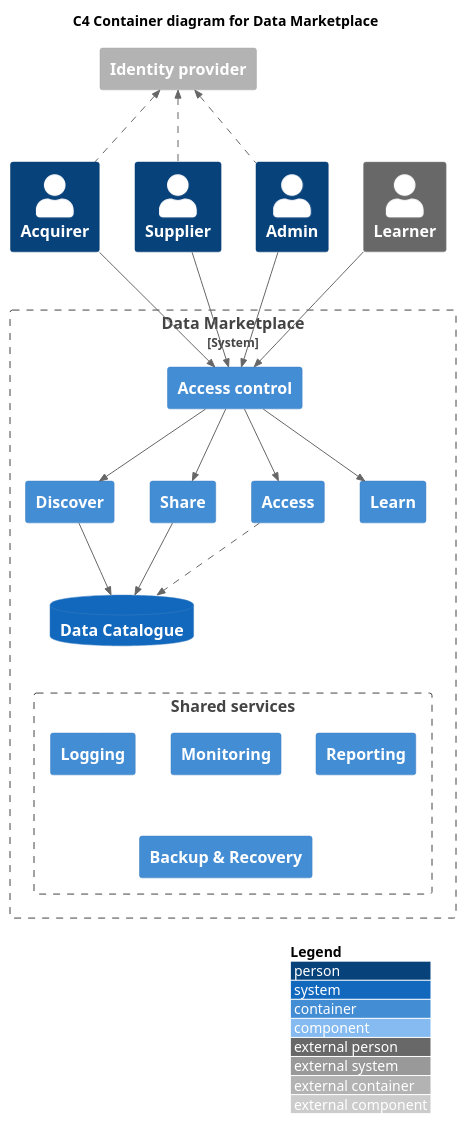
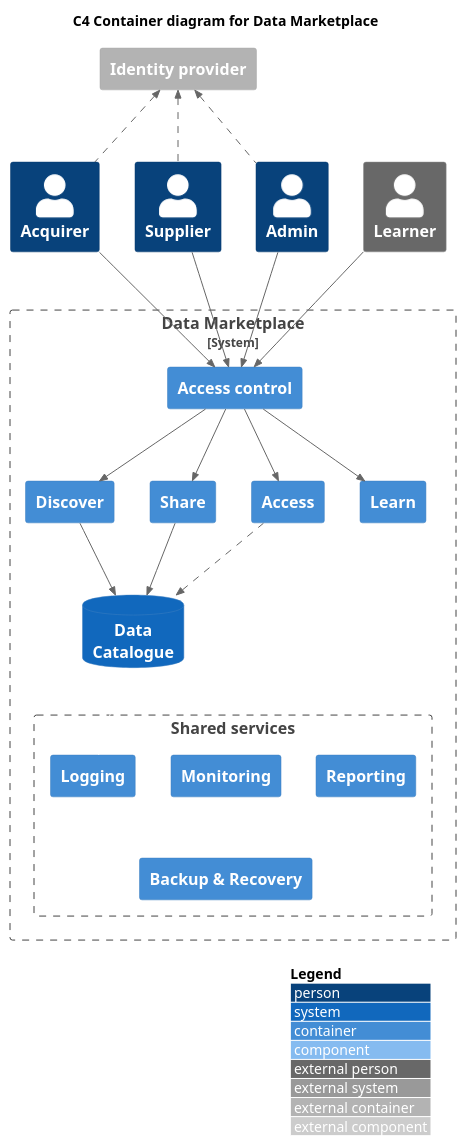
One commit to co-cddo/data-architecture changed the diagram in data-marketplace/dm-c4-container.puml. Above: the diagram before and after it, drawn with PlantUML. The commit also changed 1 other file, not shown here.

Commit message:
Update file(s) "/." from "co-cddo/data-architecture-r"

```diff
--- a/data-marketplace/dm-c4-container.puml
+++ b/data-marketplace/dm-c4-container.puml
@@ -1,54 +1,56 @@
 @startuml dm-c4-container 
 !include <C4/C4_Container>
 !include <C4/C4_Component>
+'left to right direction
 
   title C4 Container diagram for Data Marketplace
   
   AddRelTag("dashed", $lineStyle=DashedLine())
 
   Person(acquirer, "Acquirer", "")
   Person(supplier, "Supplier", "")
   Person(admin, "Admin", "")
 
   Person_Ext(learner, "Learner", "")
 
   Container_Ext(idp, "Identity provider", "")
 
   System_Boundary(dm, "Data Marketplace") {
   
     Container(am, "Access control", "")
     Container(discover, "Discover", "")
     Container(share, "Share", "")
     Container(access, "Access", "") 
     Container(learn, "Learn", "") 
-    SystemDb(catalog, "Data Catalogue", "")
+    SystemDb(catalog, "Data\nCatalogue", "")
 
     Boundary(common, "Shared services") {
       Container(logging, "Logging", "")
       Container(monitoring, "Monitoring", "")
       Container(reporting, "Reporting", "")  
       Container(backup, "Backup & Recovery", "")     
     }
     catalog -[#hidden]- logging 
+    'logging -[#hidden] backup
   }
 
   Rel_U(supplier, idp, "", $tags="dashed")
   Rel_U(acquirer, idp, "", $tags="dashed")
   Rel_U(admin, idp, "", $tags="dashed")
   
   Rel(supplier, am, "")
   Rel(acquirer, am, "")
   Rel(admin, am, "")
   Rel(learner, am, "")
 
   Rel(am, discover, "")
   Rel(am, share, "")
   Rel(am, access, "")
   Rel(am, learn, "")
 
   Rel(discover, catalog, "")
   Rel(share, catalog, "")
   Rel(access, catalog, "", $tags="dashed")
 
   LAYOUT_WITH_LEGEND()
 @enduml
```
